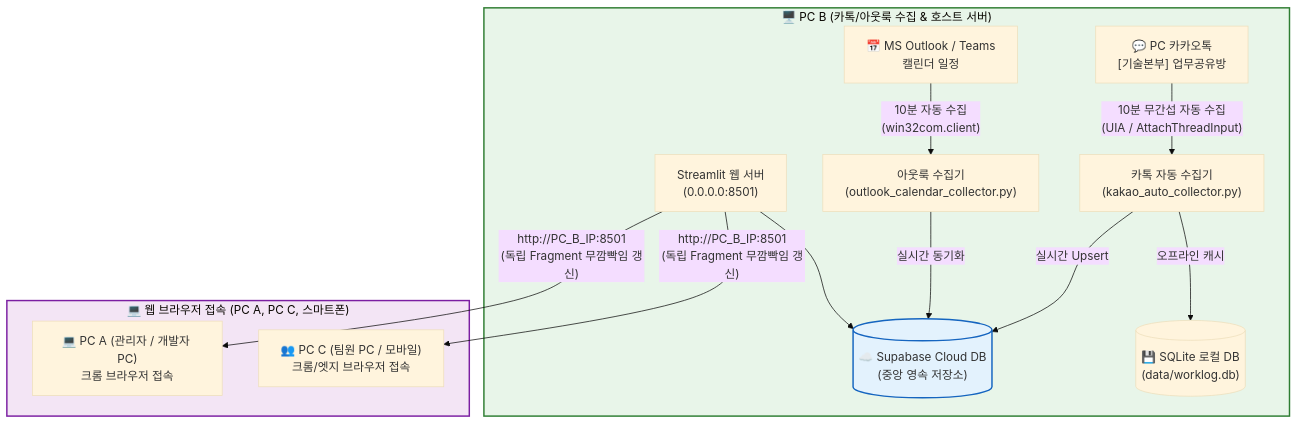
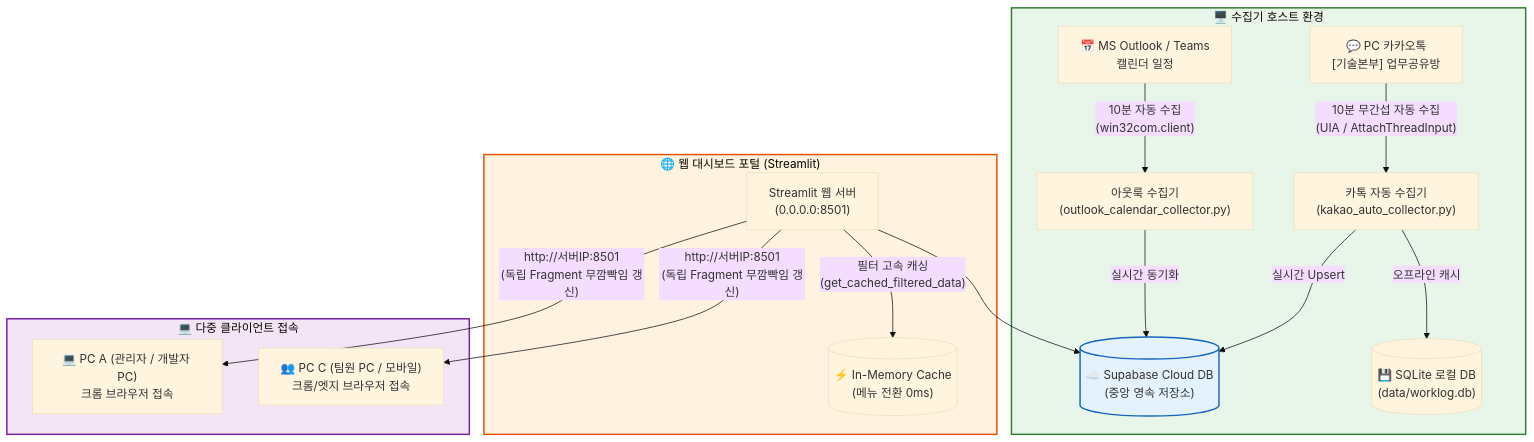
One commit to newprim82/PublicRepo changed the diagram in worktime_dashboard/README.md. Above: the diagram before and after it, drawn with Mermaid (base theme). The commit also changed other lines of this file and 3 other files, not shown here.

Commit message:
docs: update README.md, architecture specification, and activeContext to v2.5.5

````diff
--- a/worktime_dashboard/README.md
+++ b/worktime_dashboard/README.md
@@ -16,25 +25,30 @@
 ```mermaid
 flowchart TD
-    subgraph HostServer["🖥️ PC B (카톡/아웃룩 수집 & 호스트 서버)"]
+    subgraph HostServer["🖥️ 수집기 호스트 환경"]
         K["💬 PC 카카오톡\n[기술본부] 업무공유방"] -->|"10분 무간섭 자동 수집\n(UIA / AttachThreadInput)"| KakaoCollector["카톡 자동 수집기\n(kakao_auto_collector.py)"]
         O["📅 MS Outlook / Teams\n캘린더 일정"] -->|"10분 자동 수집\n(win32com.client)"| OutlookCollector["아웃룩 수집기\n(outlook_calendar_collector.py)"]
         
         KakaoCollector -->|"실시간 Upsert"| CloudDB[("☁️ Supabase Cloud DB\n(중앙 영속 저장소)")]
         OutlookCollector -->|"실시간 동기화"| CloudDB
         
         KakaoCollector -->|"오프라인 캐시"| LocalDB[("💾 SQLite 로컬 DB\n(data/worklog.db)")]
-        Server["Streamlit 웹 서버\n(0.0.0.0:8501)"] --> CloudDB
     end
 
-    subgraph Clients["💻 웹 브라우저 접속 (PC A, PC C, 스마트폰)"]
+    subgraph WebPortal["🌐 웹 대시보드 포털 (Streamlit)"]
+        Server["Streamlit 웹 서버\n(0.0.0.0:8501)"] --> CloudDB
+        Server -->|"필터 고속 캐싱\n(get_cached_filtered_data)"| MemoryCache[("⚡ In-Memory Cache\n(메뉴 전환 0ms)")]
+    end
+
+    subgraph Clients["💻 다중 클라이언트 접속"]
         ClientA["💻 PC A (관리자 / 개발자 PC)\n크롬 브라우저 접속"]
         ClientC["👥 PC C (팀원 PC / 모바일)\n크롬/엣지 브라우저 접속"]
     end
 
-    Server -->|"http://PC_B_IP:8501\n(독립 Fragment 무깜빡임 갱신)"| ClientA
-    Server -->|"http://PC_B_IP:8501\n(독립 Fragment 무깜빡임 갱신)"| ClientC
+    Server -->|"http://서버IP:8501\n(독립 Fragment 무깜빡임 갱신)"| ClientA
+    Server -->|"http://서버IP:8501\n(독립 Fragment 무깜빡임 갱신)"| ClientC
 
     style HostServer fill:#e8f5e9,stroke:#2e7d32,stroke-width:2px
     style CloudDB fill:#e3f2fd,stroke:#1565c0,stroke-width:2px
+    style WebPortal fill:#fff3e0,stroke:#e65100,stroke-width:2px
     style Clients fill:#f3e5f5,stroke:#7b1fa2,stroke-width:2px
 ```
````
